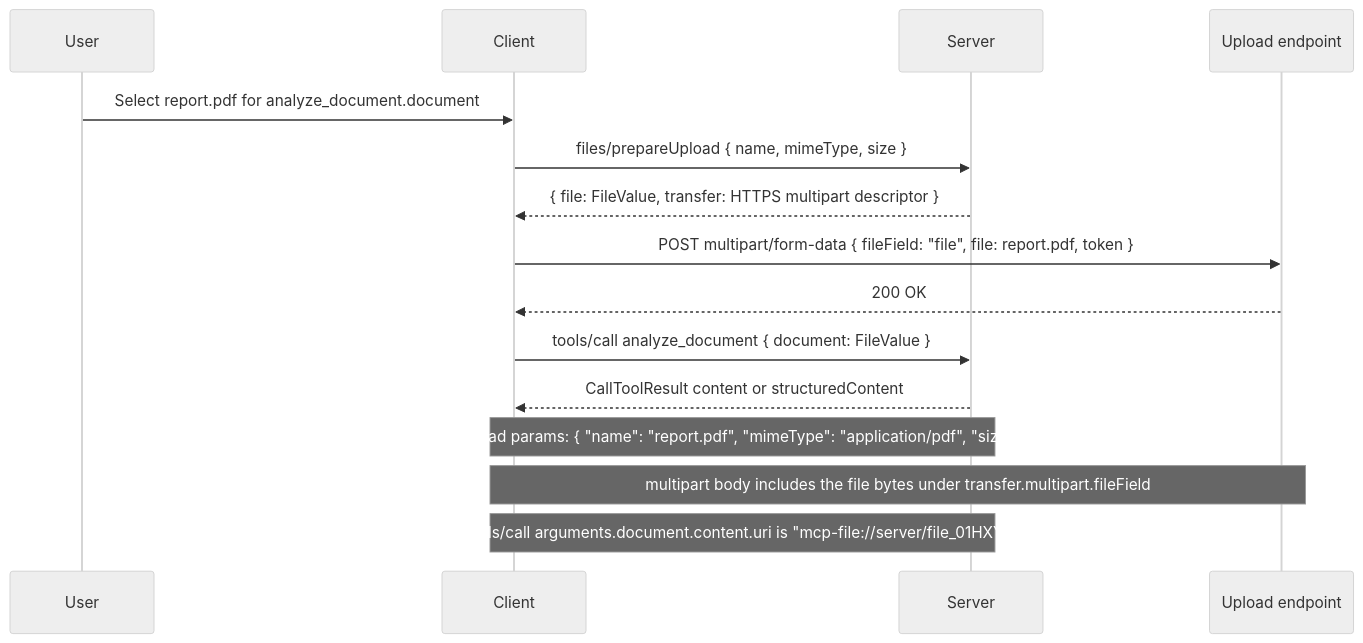
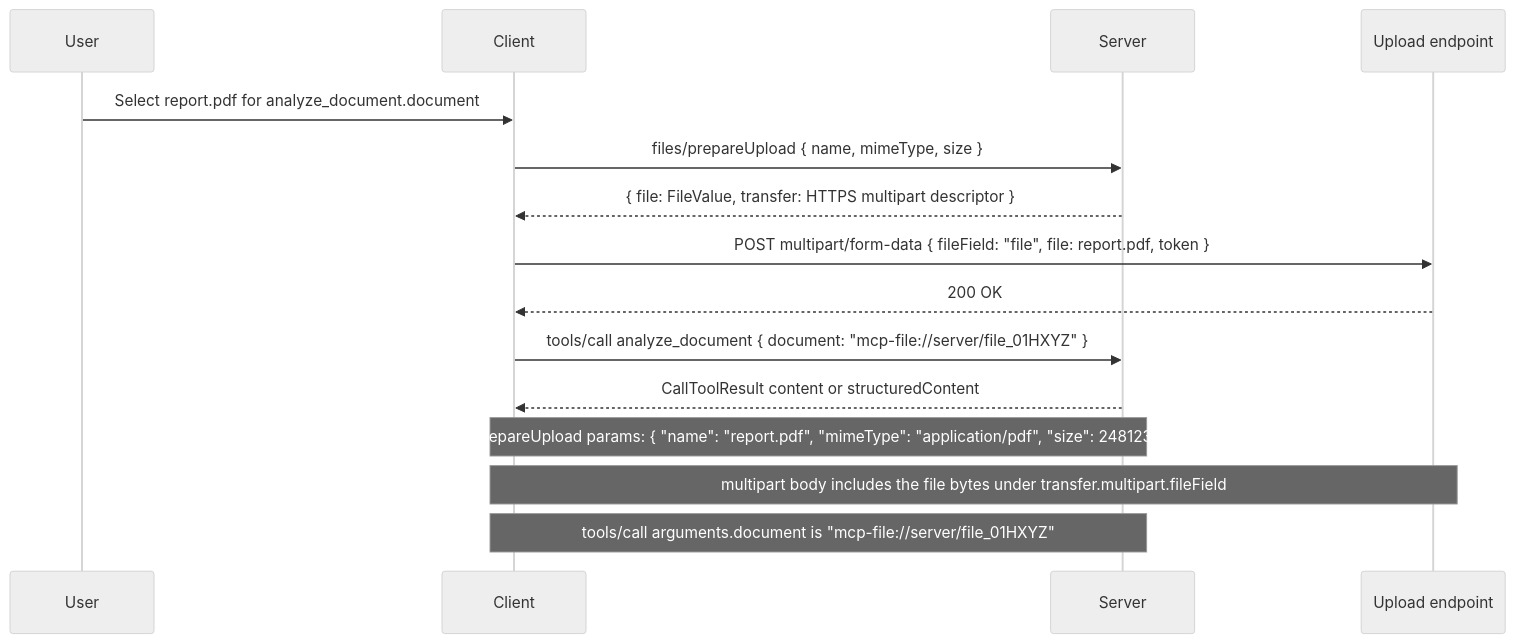
Before and after one commit to modelcontextprotocol/modelcontextprotocol: the diagram in docs/seps/2631-file-objects-and-transfer.mdx, drawn with Mermaid (neutral theme). The commit also changed other lines of this file and 2 other files, not shown here.

````diff
--- a/docs/seps/2631-file-objects-and-transfer.mdx
+++ b/docs/seps/2631-file-objects-and-transfer.mdx
@@ -445,19 +430,19 @@
 ```mermaid
 sequenceDiagram
     participant User
     participant Client
     participant Server
     participant Upload as Upload endpoint
 
     User->>Client: Select report.pdf for analyze_document.document
     Client->>Server: files/prepareUpload { name, mimeType, size }
     Server-->>Client: { file: FileValue, transfer: HTTPS multipart descriptor }
     Client->>Upload: POST multipart/form-data { fileField: "file", file: report.pdf, token }
     Upload-->>Client: 200 OK
-    Client->>Server: tools/call analyze_document { document: FileValue }
+    Client->>Server: tools/call analyze_document { document: "mcp-file://server/file_01HXYZ" }
     Server-->>Client: CallToolResult content or structuredContent
 
     Note over Client,Server: prepareUpload params: { "name": "report.pdf", "mimeType": "application/pdf", "size": 248123 }
     Note over Client,Upload: multipart body includes the file bytes under transfer.multipart.fileField
-    Note over Client,Server: tools/call arguments.document.content.uri is "mcp-file://server/file_01HXYZ"
+    Note over Client,Server: tools/call arguments.document is "mcp-file://server/file_01HXYZ"
 ```
````
